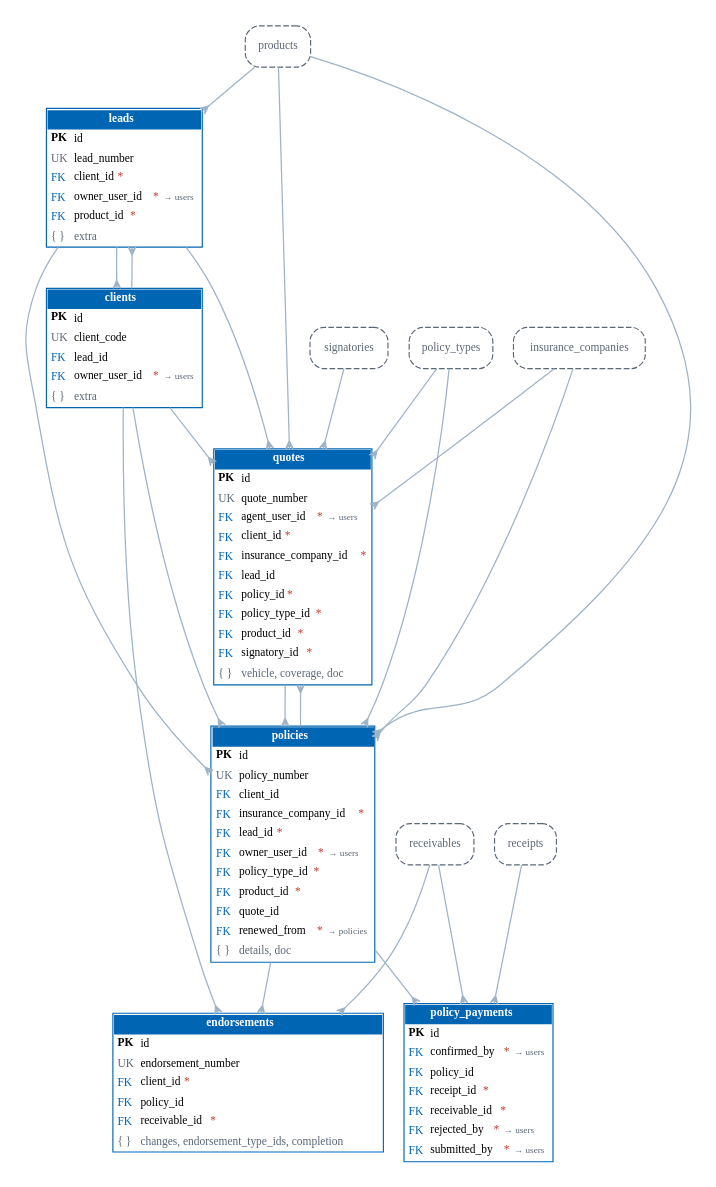
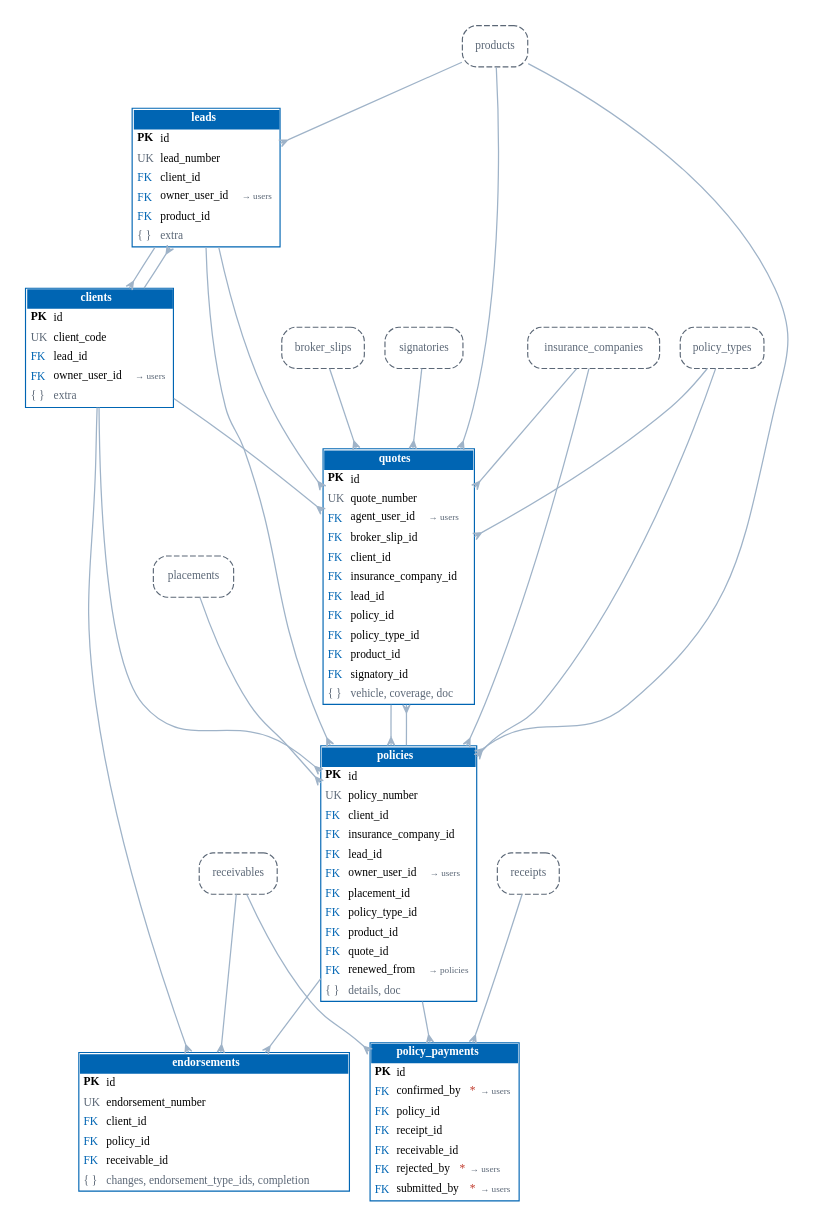
Before and after one commit to IortaTexhNXT-DEV/BDOI-OOTB: the diagram in docs/architecture/diagrams/er_sales_policy.dot, drawn with Graphviz. The commit also changed 47 other files, not shown here.

First line of the commit message:
Architecture: refresh the database snapshot, table catalogue and ER diagrams

```diff
--- a/docs/architecture/diagrams/er_sales_policy.dot
+++ b/docs/architecture/diagrams/er_sales_policy.dot
@@ -3,18 +3,21 @@
   graph [rankdir=TB, splines=true, nodesep=0.25, ranksep=0.5, fontname="Nunito", bgcolor="white", pad=0.2, pack=true, packmode="array_u3"];
   node [shape=plain, fontname="Nunito", fontsize=10];
   edge [color="#9FB3C8", arrowhead=crow, arrowtail=none, dir=both, arrowsize=0.7, penwidth=1.1];
-  "leads" [label=<<table border="1" cellborder="0" cellspacing="0" cellpadding="3" color="#0065B3"><tr><td colspan="2" bgcolor="#0065B3"><font color="white"><b>leads</b></font></td></tr><tr><td align="left" balign="left"><b>PK</b></td><td align="left">id</td></tr><tr><td align="left"><font color="#5B6776">UK</font></td><td align="left">lead_number</td></tr><tr><td align="left"><font color="#0065B3">FK</font></td><td align="left">client_id<font color="#C0392B">*</font></td></tr><tr><td align="left"><font color="#0065B3">FK</font></td><td align="left">owner_user_id<font color="#C0392B">*</font> <font color="#5B6776" point-size="8">&#8594; users</font></td></tr><tr><td align="left"><font color="#0065B3">FK</font></td><td align="left">product_id<font color="#C0392B">*</font></td></tr><tr><td align="left"><font color="#5B6776">{ }</font></td><td align="left"><font color="#5B6776">extra</font></td></tr></table>>];
-  "clients" [label=<<table border="1" cellborder="0" cellspacing="0" cellpadding="3" color="#0065B3"><tr><td colspan="2" bgcolor="#0065B3"><font color="white"><b>clients</b></font></td></tr><tr><td align="left" balign="left"><b>PK</b></td><td align="left">id</td></tr><tr><td align="left"><font color="#5B6776">UK</font></td><td align="left">client_code</td></tr><tr><td align="left"><font color="#0065B3">FK</font></td><td align="left">lead_id</td></tr><tr><td align="left"><font color="#0065B3">FK</font></td><td align="left">owner_user_id<font color="#C0392B">*</font> <font color="#5B6776" point-size="8">&#8594; users</font></td></tr><tr><td align="left"><font color="#5B6776">{ }</font></td><td align="left"><font color="#5B6776">extra</font></td></tr></table>>];
-  "quotes" [label=<<table border="1" cellborder="0" cellspacing="0" cellpadding="3" color="#0065B3"><tr><td colspan="2" bgcolor="#0065B3"><font color="white"><b>quotes</b></font></td></tr><tr><td align="left" balign="left"><b>PK</b></td><td align="left">id</td></tr><tr><td align="left"><font color="#5B6776">UK</font></td><td align="left">quote_number</td></tr><tr><td align="left"><font color="#0065B3">FK</font></td><td align="left">agent_user_id<font color="#C0392B">*</font> <font color="#5B6776" point-size="8">&#8594; users</font></td></tr><tr><td align="left"><font color="#0065B3">FK</font></td><td align="left">client_id<font color="#C0392B">*</font></td></tr><tr><td align="left"><font color="#0065B3">FK</font></td><td align="left">insurance_company_id<font color="#C0392B">*</font></td></tr><tr><td align="left"><font color="#0065B3">FK</font></td><td align="left">lead_id</td></tr><tr><td align="left"><font color="#0065B3">FK</font></td><td align="left">policy_id<font color="#C0392B">*</font></td></tr><tr><td align="left"><font color="#0065B3">FK</font></td><td align="left">policy_type_id<font color="#C0392B">*</font></td></tr><tr><td align="left"><font color="#0065B3">FK</font></td><td align="left">product_id<font color="#C0392B">*</font></td></tr><tr><td align="left"><font color="#0065B3">FK</font></td><td align="left">signatory_id<font color="#C0392B">*</font></td></tr><tr><td align="left"><font color="#5B6776">{ }</font></td><td align="left"><font color="#5B6776">vehicle, coverage, doc</font></td></tr></table>>];
-  "policies" [label=<<table border="1" cellborder="0" cellspacing="0" cellpadding="3" color="#0065B3"><tr><td colspan="2" bgcolor="#0065B3"><font color="white"><b>policies</b></font></td></tr><tr><td align="left" balign="left"><b>PK</b></td><td align="left">id</td></tr><tr><td align="left"><font color="#5B6776">UK</font></td><td align="left">policy_number</td></tr><tr><td align="left"><font color="#0065B3">FK</font></td><td align="left">client_id</td></tr><tr><td align="left"><font color="#0065B3">FK</font></td><td align="left">insurance_company_id<font color="#C0392B">*</font></td></tr><tr><td align="left"><font color="#0065B3">FK</font></td><td align="left">lead_id<font color="#C0392B">*</font></td></tr><tr><td align="left"><font color="#0065B3">FK</font></td><td align="left">owner_user_id<font color="#C0392B">*</font> <font color="#5B6776" point-size="8">&#8594; users</font></td></tr><tr><td align="left"><font color="#0065B3">FK</font></td><td align="left">policy_type_id<font color="#C0392B">*</font></td></tr><tr><td align="left"><font color="#0065B3">FK</font></td><td align="left">product_id<font color="#C0392B">*</font></td></tr><tr><td align="left"><font color="#0065B3">FK</font></td><td align="left">quote_id</td></tr><tr><td align="left"><font color="#0065B3">FK</font></td><td align="left">renewed_from<font color="#C0392B">*</font> <font color="#5B6776" point-size="8">&#8594; policies</font></td></tr><tr><td align="left"><font color="#5B6776">{ }</font></td><td align="left"><font color="#5B6776">details, doc</font></td></tr></table>>];
-  "endorsements" [label=<<table border="1" cellborder="0" cellspacing="0" cellpadding="3" color="#0065B3"><tr><td colspan="2" bgcolor="#0065B3"><font color="white"><b>endorsements</b></font></td></tr><tr><td align="left" balign="left"><b>PK</b></td><td align="left">id</td></tr><tr><td align="left"><font color="#5B6776">UK</font></td><td align="left">endorsement_number</td></tr><tr><td align="left"><font color="#0065B3">FK</font></td><td align="left">client_id<font color="#C0392B">*</font></td></tr><tr><td align="left"><font color="#0065B3">FK</font></td><td align="left">policy_id</td></tr><tr><td align="left"><font color="#0065B3">FK</font></td><td align="left">receivable_id<font color="#C0392B">*</font></td></tr><tr><td align="left"><font color="#5B6776">{ }</font></td><td align="left"><font color="#5B6776">changes, endorsement_type_ids, completion</font></td></tr></table>>];
-  "policy_payments" [label=<<table border="1" cellborder="0" cellspacing="0" cellpadding="3" color="#0065B3"><tr><td colspan="2" bgcolor="#0065B3"><font color="white"><b>policy_payments</b></font></td></tr><tr><td align="left" balign="left"><b>PK</b></td><td align="left">id</td></tr><tr><td align="left"><font color="#0065B3">FK</font></td><td align="left">confirmed_by<font color="#C0392B">*</font> <font color="#5B6776" point-size="8">&#8594; users</font></td></tr><tr><td align="left"><font color="#0065B3">FK</font></td><td align="left">policy_id</td></tr><tr><td align="left"><font color="#0065B3">FK</font></td><td align="left">receipt_id<font color="#C0392B">*</font></td></tr><tr><td align="left"><font color="#0065B3">FK</font></td><td align="left">receivable_id<font color="#C0392B">*</font></td></tr><tr><td align="left"><font color="#0065B3">FK</font></td><td align="left">rejected_by<font color="#C0392B">*</font> <font color="#5B6776" point-size="8">&#8594; users</font></td></tr><tr><td align="left"><font color="#0065B3">FK</font></td><td align="left">submitted_by<font color="#C0392B">*</font> <font color="#5B6776" point-size="8">&#8594; users</font></td></tr></table>>];
+  "leads" [label=<<table border="1" cellborder="0" cellspacing="0" cellpadding="3" color="#0065B3"><tr><td colspan="2" bgcolor="#0065B3"><font color="white"><b>leads</b></font></td></tr><tr><td align="left" balign="left"><b>PK</b></td><td align="left">id</td></tr><tr><td align="left"><font color="#5B6776">UK</font></td><td align="left">lead_number</td></tr><tr><td align="left"><font color="#0065B3">FK</font></td><td align="left">client_id</td></tr><tr><td align="left"><font color="#0065B3">FK</font></td><td align="left">owner_user_id <font color="#5B6776" point-size="8">&#8594; users</font></td></tr><tr><td align="left"><font color="#0065B3">FK</font></td><td align="left">product_id</td></tr><tr><td align="left"><font color="#5B6776">{ }</font></td><td align="left"><font color="#5B6776">extra</font></td></tr></table>>];
+  "clients" [label=<<table border="1" cellborder="0" cellspacing="0" cellpadding="3" color="#0065B3"><tr><td colspan="2" bgcolor="#0065B3"><font color="white"><b>clients</b></font></td></tr><tr><td align="left" balign="left"><b>PK</b></td><td align="left">id</td></tr><tr><td align="left"><font color="#5B6776">UK</font></td><td align="left">client_code</td></tr><tr><td align="left"><font color="#0065B3">FK</font></td><td align="left">lead_id</td></tr><tr><td align="left"><font color="#0065B3">FK</font></td><td align="left">owner_user_id <font color="#5B6776" point-size="8">&#8594; users</font></td></tr><tr><td align="left"><font color="#5B6776">{ }</font></td><td align="left"><font color="#5B6776">extra</font></td></tr></table>>];
+  "quotes" [label=<<table border="1" cellborder="0" cellspacing="0" cellpadding="3" color="#0065B3"><tr><td colspan="2" bgcolor="#0065B3"><font color="white"><b>quotes</b></font></td></tr><tr><td align="left" balign="left"><b>PK</b></td><td align="left">id</td></tr><tr><td align="left"><font color="#5B6776">UK</font></td><td align="left">quote_number</td></tr><tr><td align="left"><font color="#0065B3">FK</font></td><td align="left">agent_user_id <font color="#5B6776" point-size="8">&#8594; users</font></td></tr><tr><td align="left"><font color="#0065B3">FK</font></td><td align="left">broker_slip_id</td></tr><tr><td align="left"><font color="#0065B3">FK</font></td><td align="left">client_id</td></tr><tr><td align="left"><font color="#0065B3">FK</font></td><td align="left">insurance_company_id</td></tr><tr><td align="left"><font color="#0065B3">FK</font></td><td align="left">lead_id</td></tr><tr><td align="left"><font color="#0065B3">FK</font></td><td align="left">policy_id</td></tr><tr><td align="left"><font color="#0065B3">FK</font></td><td align="left">policy_type_id</td></tr><tr><td align="left"><font color="#0065B3">FK</font></td><td align="left">product_id</td></tr><tr><td align="left"><font color="#0065B3">FK</font></td><td align="left">signatory_id</td></tr><tr><td align="left"><font color="#5B6776">{ }</font></td><td align="left"><font color="#5B6776">vehicle, coverage, doc</font></td></tr></table>>];
+  "policies" [label=<<table border="1" cellborder="0" cellspacing="0" cellpadding="3" color="#0065B3"><tr><td colspan="2" bgcolor="#0065B3"><font color="white"><b>policies</b></font></td></tr><tr><td align="left" balign="left"><b>PK</b></td><td align="left">id</td></tr><tr><td align="left"><font color="#5B6776">UK</font></td><td align="left">policy_number</td></tr><tr><td align="left"><font color="#0065B3">FK</font></td><td align="left">client_id</td></tr><tr><td align="left"><font color="#0065B3">FK</font></td><td align="left">insurance_company_id</td></tr><tr><td align="left"><font color="#0065B3">FK</font></td><td align="left">lead_id</td></tr><tr><td align="left"><font color="#0065B3">FK</font></td><td align="left">owner_user_id <font color="#5B6776" point-size="8">&#8594; users</font></td></tr><tr><td align="left"><font color="#0065B3">FK</font></td><td align="left">placement_id</td></tr><tr><td align="left"><font color="#0065B3">FK</font></td><td align="left">policy_type_id</td></tr><tr><td align="left"><font color="#0065B3">FK</font></td><td align="left">product_id</td></tr><tr><td align="left"><font color="#0065B3">FK</font></td><td align="left">quote_id</td></tr><tr><td align="left"><font color="#0065B3">FK</font></td><td align="left">renewed_from <font color="#5B6776" point-size="8">&#8594; policies</font></td></tr><tr><td align="left"><font color="#5B6776">{ }</font></td><td align="left"><font color="#5B6776">details, doc</font></td></tr></table>>];
+  "endorsements" [label=<<table border="1" cellborder="0" cellspacing="0" cellpadding="3" color="#0065B3"><tr><td colspan="2" bgcolor="#0065B3"><font color="white"><b>endorsements</b></font></td></tr><tr><td align="left" balign="left"><b>PK</b></td><td align="left">id</td></tr><tr><td align="left"><font color="#5B6776">UK</font></td><td align="left">endorsement_number</td></tr><tr><td align="left"><font color="#0065B3">FK</font></td><td align="left">client_id</td></tr><tr><td align="left"><font color="#0065B3">FK</font></td><td align="left">policy_id</td></tr><tr><td align="left"><font color="#0065B3">FK</font></td><td align="left">receivable_id</td></tr><tr><td align="left"><font color="#5B6776">{ }</font></td><td align="left"><font color="#5B6776">changes, endorsement_type_ids, completion</font></td></tr></table>>];
+  "policy_payments" [label=<<table border="1" cellborder="0" cellspacing="0" cellpadding="3" color="#0065B3"><tr><td colspan="2" bgcolor="#0065B3"><font color="white"><b>policy_payments</b></font></td></tr><tr><td align="left" balign="left"><b>PK</b></td><td align="left">id</td></tr><tr><td align="left"><font color="#0065B3">FK</font></td><td align="left">confirmed_by<font color="#C0392B">*</font> <font color="#5B6776" point-size="8">&#8594; users</font></td></tr><tr><td align="left"><font color="#0065B3">FK</font></td><td align="left">policy_id</td></tr><tr><td align="left"><font color="#0065B3">FK</font></td><td align="left">receipt_id</td></tr><tr><td align="left"><font color="#0065B3">FK</font></td><td align="left">receivable_id</td></tr><tr><td align="left"><font color="#0065B3">FK</font></td><td align="left">rejected_by<font color="#C0392B">*</font> <font color="#5B6776" point-size="8">&#8594; users</font></td></tr><tr><td align="left"><font color="#0065B3">FK</font></td><td align="left">submitted_by<font color="#C0392B">*</font> <font color="#5B6776" point-size="8">&#8594; users</font></td></tr></table>>];
+  "broker_slips" [shape=box, style="rounded,dashed", color="#5B6776", fontcolor="#5B6776", label="broker_slips"];
   "insurance_companies" [shape=box, style="rounded,dashed", color="#5B6776", fontcolor="#5B6776", label="insurance_companies"];
+  "placements" [shape=box, style="rounded,dashed", color="#5B6776", fontcolor="#5B6776", label="placements"];
   "policy_types" [shape=box, style="rounded,dashed", color="#5B6776", fontcolor="#5B6776", label="policy_types"];
   "products" [shape=box, style="rounded,dashed", color="#5B6776", fontcolor="#5B6776", label="products"];
   "receipts" [shape=box, style="rounded,dashed", color="#5B6776", fontcolor="#5B6776", label="receipts"];
   "receivables" [shape=box, style="rounded,dashed", color="#5B6776", fontcolor="#5B6776", label="receivables"];
   "signatories" [shape=box, style="rounded,dashed", color="#5B6776", fontcolor="#5B6776", label="signatories"];
+  "broker_slips" -> "quotes";
   "clients" -> "endorsements";
   "clients" -> "leads";
   "clients" -> "policies";
@@ -24,6 +27,7 @@
   "leads" -> "clients";
   "leads" -> "policies";
   "leads" -> "quotes";
+  "placements" -> "policies";
   "policies" -> "endorsements";
   "policies" -> "policy_payments";
   "policies" -> "quotes";
```
